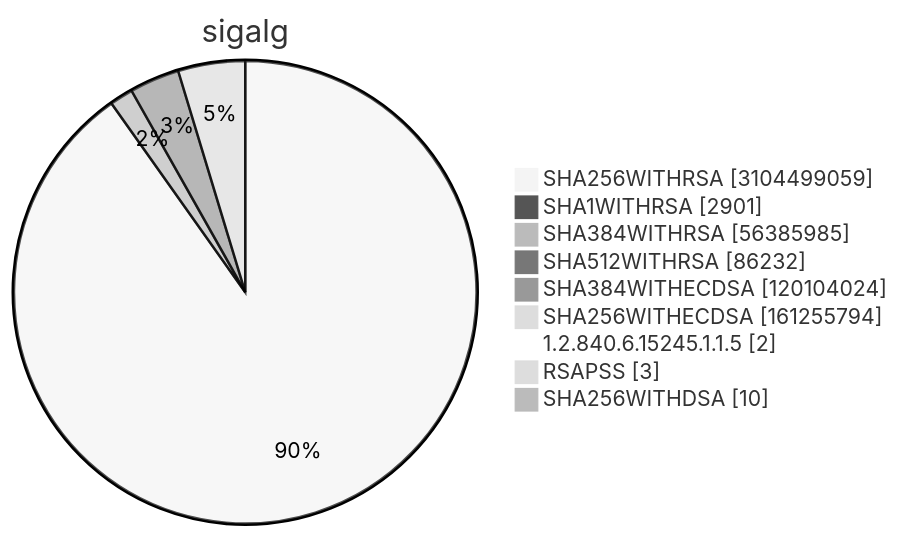
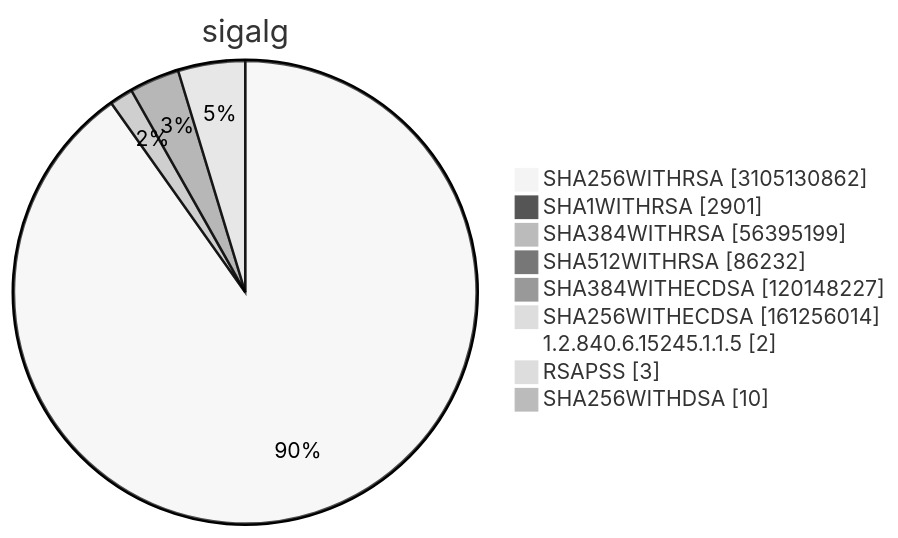
Diagram 15 of 15 in TOTAL/README.md (christiankrug/ctmonitor_visualization), drawn with Mermaid (neutral theme) before and after one commit. The commit also changed other lines of this file, not shown here.

````diff
--- a/TOTAL/README.md
+++ b/TOTAL/README.md
@@ -6212,13 +6212,13 @@
 ```mermaid
 pie showData
 title sigalg
-"SHA256WITHRSA" :3104499059
+"SHA256WITHRSA" :3105130862
 "SHA1WITHRSA" :2901
-"SHA384WITHRSA" :56385985
+"SHA384WITHRSA" :56395199
 "SHA512WITHRSA" :86232
-"SHA384WITHECDSA" :120104024
-"SHA256WITHECDSA" :161255794
+"SHA384WITHECDSA" :120148227
+"SHA256WITHECDSA" :161256014
 "1.2.840.6.15245.1.1.5" :2
 "RSAPSS" :3
 "SHA256WITHDSA" :10
 ```
````
